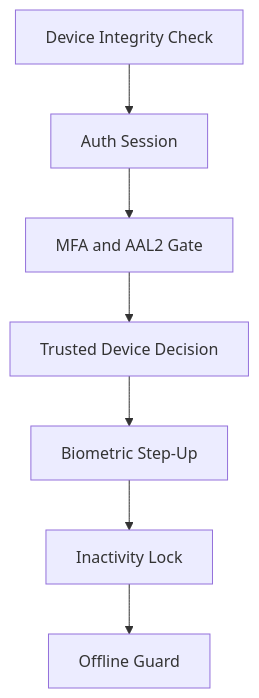
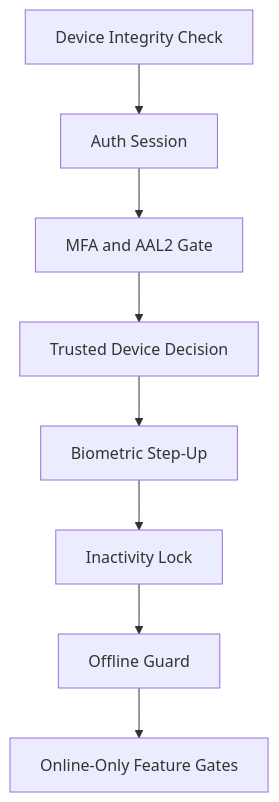
One commit to muhammadanas656/daktarpi changed the diagram in docs/03_security.md. Above: the diagram before and after it, drawn with Mermaid. The commit also changed other lines of this file and 49 other files, not shown here.

````diff
--- a/docs/03_security.md
+++ b/docs/03_security.md
@@ -7,9 +7,10 @@
 ```mermaid
 graph TD
     A[Device Integrity Check] --> B[Auth Session]
     B --> C[MFA and AAL2 Gate]
     C --> D[Trusted Device Decision]
     D --> E[Biometric Step-Up]
     E --> F[Inactivity Lock]
     F --> G[Offline Guard]
+    G --> H[Online-Only Feature Gates]
 ```
````
